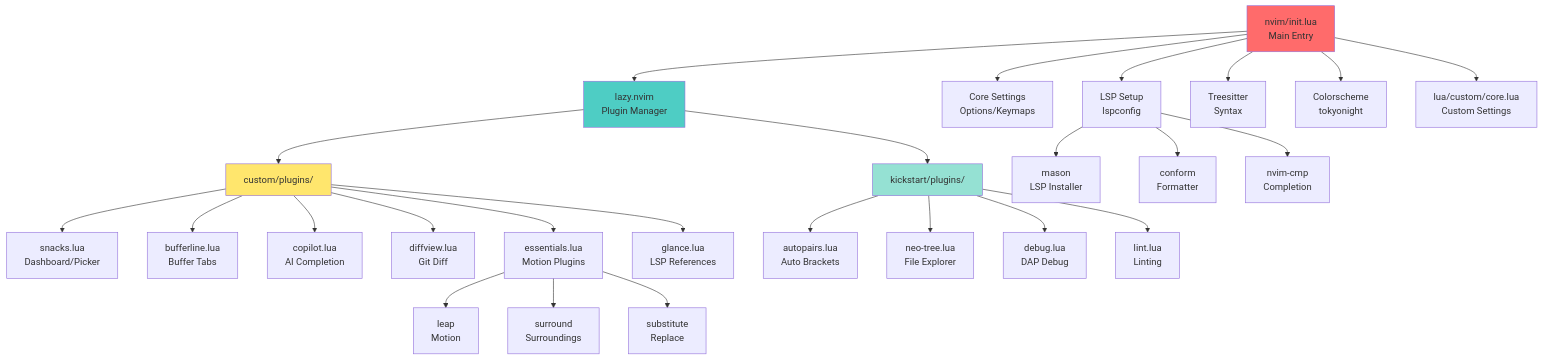
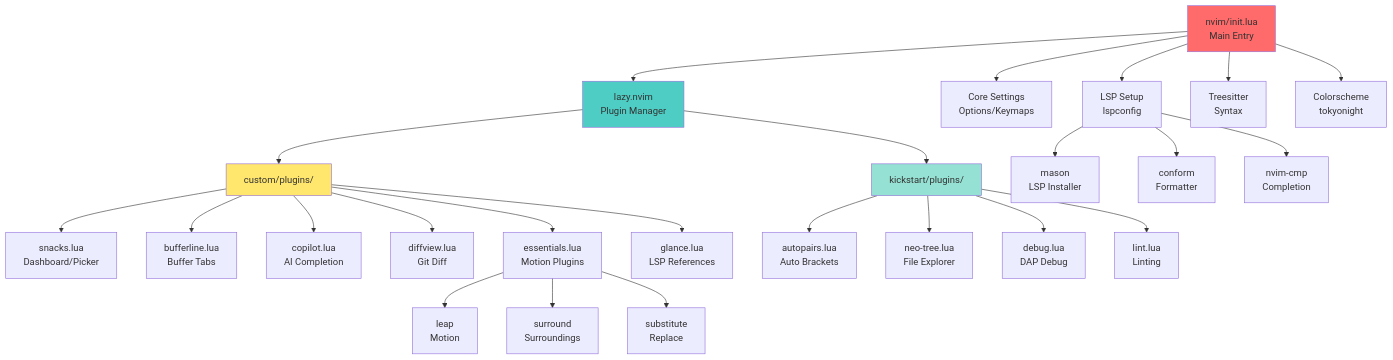
The second of 2 diagrams in README.md (ymat19/dotfiles), drawn with Mermaid before and after one commit. The commit also changed other lines of this file, not shown here.

````diff
--- a/README.md
+++ b/README.md
@@ -152,39 +152,37 @@
 ```mermaid
 graph TD
     A["nvim/init.lua<br/>Main Entry"] --> B["lazy.nvim<br/>Plugin Manager"]
 
     A --> C["Core Settings<br/>Options/Keymaps"]
     A --> D["LSP Setup<br/>lspconfig"]
     A --> E["Treesitter<br/>Syntax"]
     A --> F["Colorscheme<br/>tokyonight"]
-
-    A --> G["lua/custom/core.lua<br/>Custom Settings"]
 
     B --> H["custom/plugins/"]
     B --> I["kickstart/plugins/"]
 
     H --> H1["snacks.lua<br/>Dashboard/Picker"]
     H --> H2["bufferline.lua<br/>Buffer Tabs"]
     H --> H3["copilot.lua<br/>AI Completion"]
     H --> H4["diffview.lua<br/>Git Diff"]
     H --> H5["essentials.lua<br/>Motion Plugins"]
     H --> H6["glance.lua<br/>LSP References"]
 
     I --> I1["autopairs.lua<br/>Auto Brackets"]
     I --> I2["neo-tree.lua<br/>File Explorer"]
     I --> I3["debug.lua<br/>DAP Debug"]
     I --> I4["lint.lua<br/>Linting"]
 
     D --> D1["mason<br/>LSP Installer"]
     D --> D2["conform<br/>Formatter"]
     D --> D3["nvim-cmp<br/>Completion"]
 
     H5 --> H5A["leap<br/>Motion"]
     H5 --> H5B["surround<br/>Surroundings"]
     H5 --> H5C["substitute<br/>Replace"]
 
     style A fill:#ff6b6b
     style B fill:#4ecdc4
     style H fill:#ffe66d
     style I fill:#95e1d3
 ```
````
